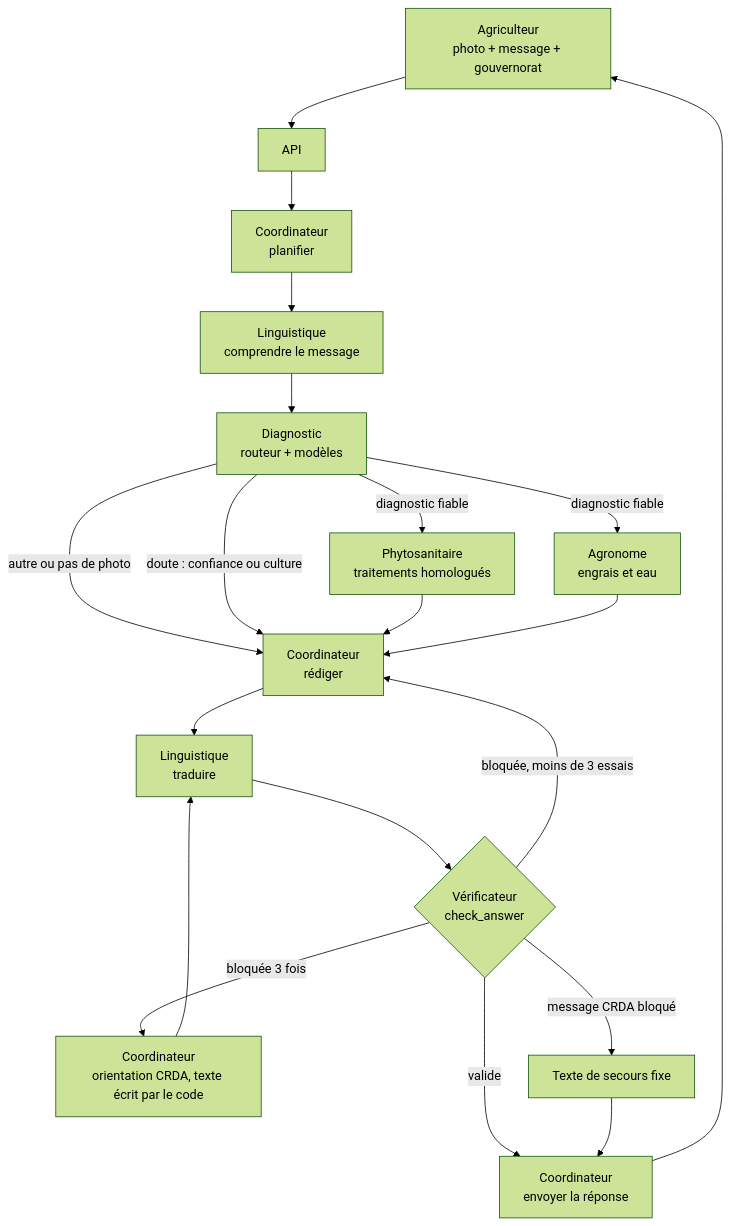
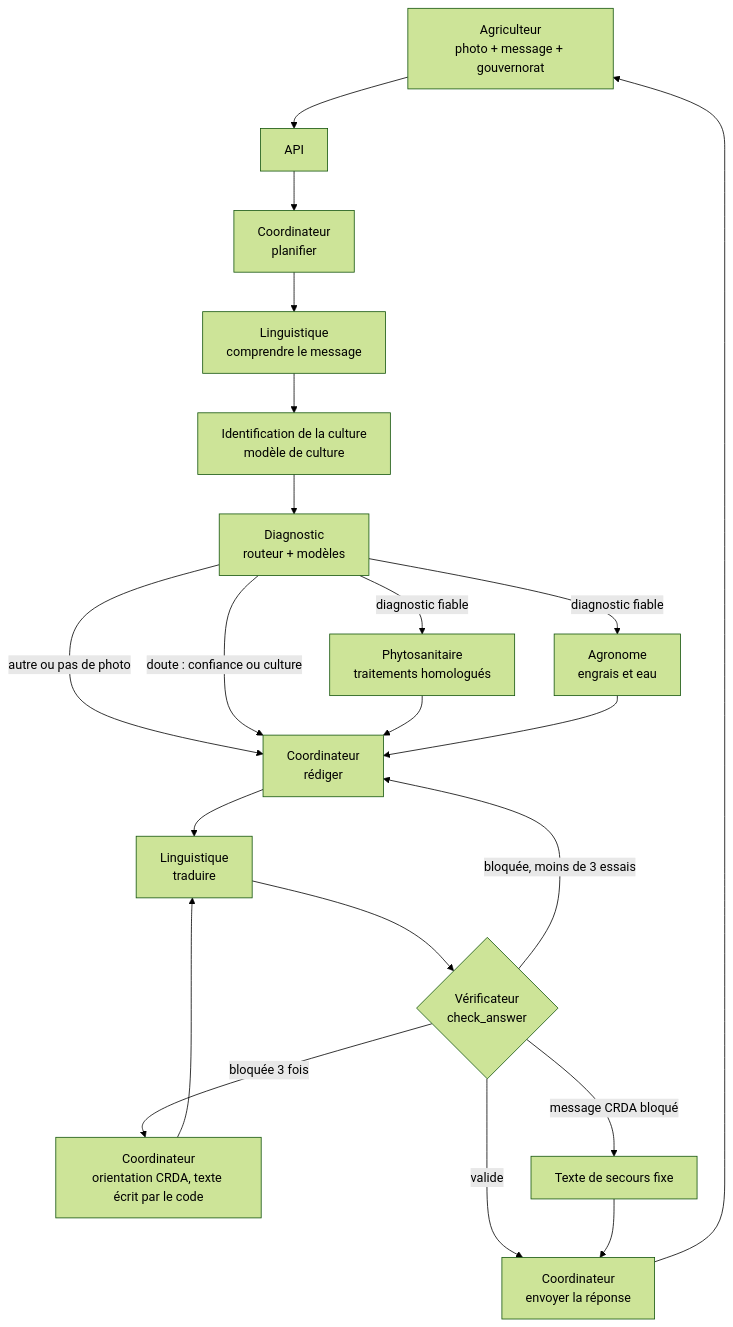
One commit to MaisseneJradi/AgrIA changed the diagram in docs/ARCHITECTURE.md. Above: the diagram before and after it, drawn with Mermaid (forest theme). The commit also changed other lines of this file and 34 other files, not shown here.

````diff
--- a/docs/ARCHITECTURE.md
+++ b/docs/ARCHITECTURE.md
@@ -32,22 +33,23 @@
 ```mermaid
 flowchart TD
     U[Agriculteur<br/>photo + message + gouvernorat] --> API[API]
     API --> CP[Coordinateur<br/>planifier]
     CP --> LC[Linguistique<br/>comprendre le message]
-    LC --> DG[Diagnostic<br/>routeur + modèles]
+    LC --> IC[Identification de la culture<br/>modèle de culture]
+    IC --> DG[Diagnostic<br/>routeur + modèles]
     DG -->|autre ou pas de photo| CR
     DG -->|doute : confiance ou culture| CR
     DG -->|diagnostic fiable| PH[Phytosanitaire<br/>traitements homologués]
     DG -->|diagnostic fiable| AG[Agronome<br/>engrais et eau]
     PH --> CR[Coordinateur<br/>rédiger]
     AG --> CR
     CR --> LT[Linguistique<br/>traduire]
     LT --> VE{Vérificateur<br/>check_answer}
     VE -->|valide| FI[Coordinateur<br/>envoyer la réponse]
     VE -->|bloquée, moins de 3 essais| CR
     VE -->|bloquée 3 fois| CD[Coordinateur<br/>orientation CRDA, texte écrit par le code]
     CD --> LT
     VE -->|message CRDA bloqué| SE[Texte de secours fixe]
     SE --> FI
     FI --> U
 ```
````
